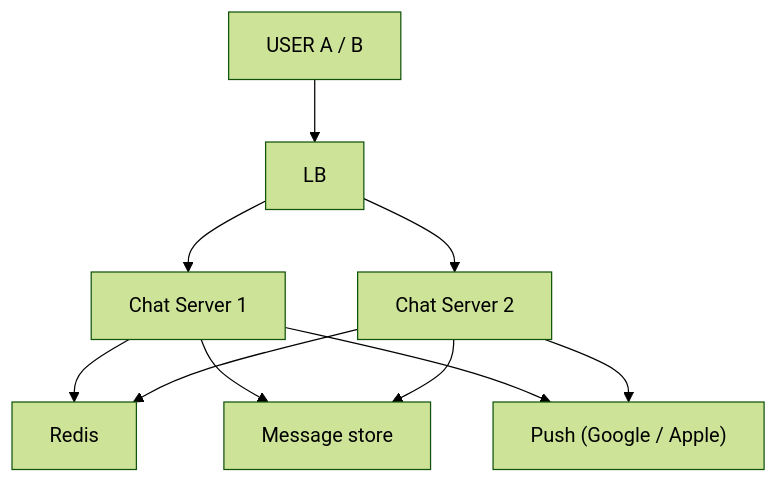
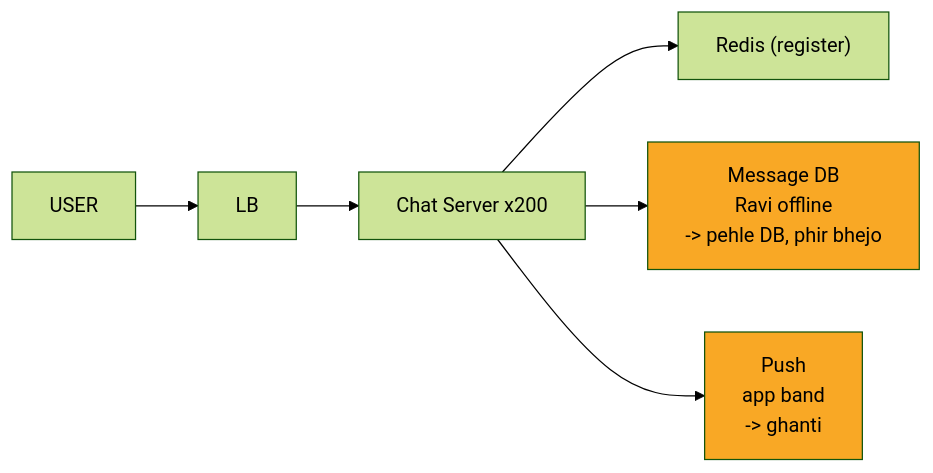
Before and after one commit to ArpanMaheshwari144/Prep: the fourth of 12 diagrams in 04_HLD/SYSTEM_DESIGNS/14_chat_messaging/14_chat_messaging.md, drawn with Mermaid (forest theme). The commit also changed other lines of this file, not shown here.

Commit message:
chat: one-day story, short cards, follow-ups with rules, highlighted diagrams

````diff
--- a/04_HLD/SYSTEM_DESIGNS/14_chat_messaging/14_chat_messaging.md
+++ b/04_HLD/SYSTEM_DESIGNS/14_chat_messaging/14_chat_messaging.md
@@ -197,19 +197,16 @@
 ```mermaid
-flowchart TD
-    n_USER_A_B["USER A / B"]
+flowchart LR
+    n_U["USER"]
     n_LB["LB"]
-    n_Chat_Server_x_200_1["Chat Server 1"]
-    n_Chat_Server_x_200_2["Chat Server 2"]
-    n_Redis["Redis"]
-    n_Push_Google_Apple["Push (Google / Apple)"]
-    n_Message_store["Message store"]
-    n_USER_A_B --> n_LB
-    n_LB --> n_Chat_Server_x_200_1
-    n_LB --> n_Chat_Server_x_200_2
-    n_Chat_Server_x_200_1 --> n_Redis
-    n_Chat_Server_x_200_2 --> n_Redis
-    n_Chat_Server_x_200_1 --> n_Message_store
-    n_Chat_Server_x_200_2 --> n_Message_store
-    n_Chat_Server_x_200_1 --> n_Push_Google_Apple
-    n_Chat_Server_x_200_2 --> n_Push_Google_Apple
+    n_CS["Chat Server x200"]
+    n_R["Redis (register)"]
+    n_DB["Message DB<br/>Ravi offline<br/>-> pehle DB, phir bhejo"]
+    n_P["Push<br/>app band<br/>-> ghanti"]
+    n_U --> n_LB
+    n_LB --> n_CS
+    n_CS --> n_R
+    n_CS --> n_DB
+    n_CS --> n_P
+    style n_DB fill:#f9a825,color:#000
+    style n_P fill:#f9a825,color:#000
 ```
````
